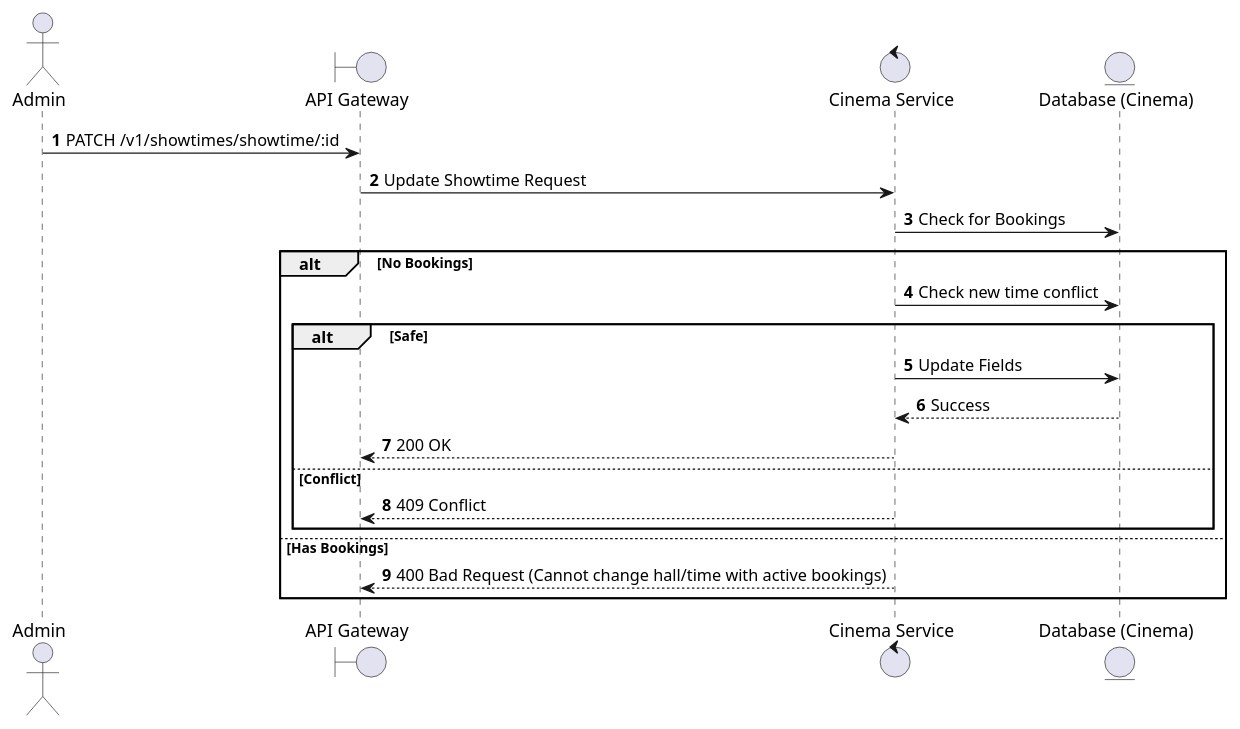
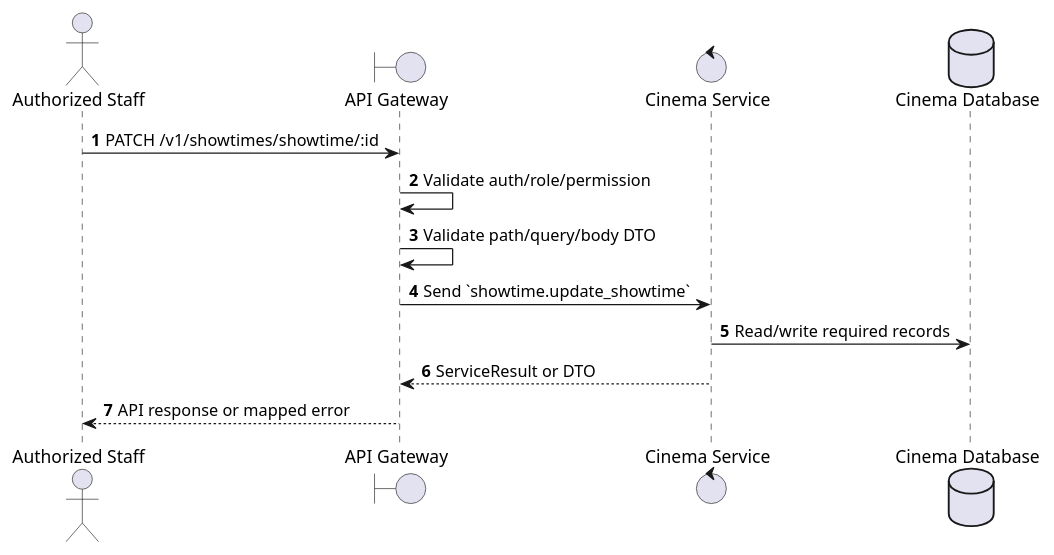
One commit to Tanh1603/movie-hub-architecture changed the first of 2 diagrams in docs/functional_specs/3.4_Showtime_Scheduling/ST-05_Update_Showtime.md. Above: the diagram before and after it, drawn with PlantUML. The commit also changed other lines of this file and 126 other files, not shown here.

````diff
--- a/docs/functional_specs/3.4_Showtime_Scheduling/ST-05_Update_Showtime.md
+++ b/docs/functional_specs/3.4_Showtime_Scheduling/ST-05_Update_Showtime.md
@@ -17,25 +17,17 @@
 ```plantuml
 @startuml
 autonumber
-actor Admin
+actor "Authorized Staff" as Actor
 boundary "API Gateway" as GW
-control "Cinema Service" as CS
-entity "Database (Cinema)" as DB
+control "Cinema Service" as SVC
+database "Cinema Database" as DB
 
-Admin -> GW: PATCH /v1/showtimes/showtime/:id
-GW -> CS: Update Showtime Request
-CS -> DB: Check for Bookings
-alt No Bookings
-    CS -> DB: Check new time conflict
-    alt Safe
-        CS -> DB: Update Fields
-        DB --> CS: Success
-        CS --> GW: 200 OK
-    else Conflict
-        CS --> GW: 409 Conflict
-    end
-else Has Bookings
-    CS --> GW: 400 Bad Request (Cannot change hall/time with active bookings)
-end
+Actor -> GW: PATCH /v1/showtimes/showtime/:id
+GW -> GW: Validate auth/role/permission
+GW -> GW: Validate path/query/body DTO
+GW -> SVC: Send `showtime.update_showtime`
+SVC -> DB: Read/write required records
+SVC --> GW: ServiceResult or DTO
+GW --> Actor: API response or mapped error
 @enduml
 ```
````
